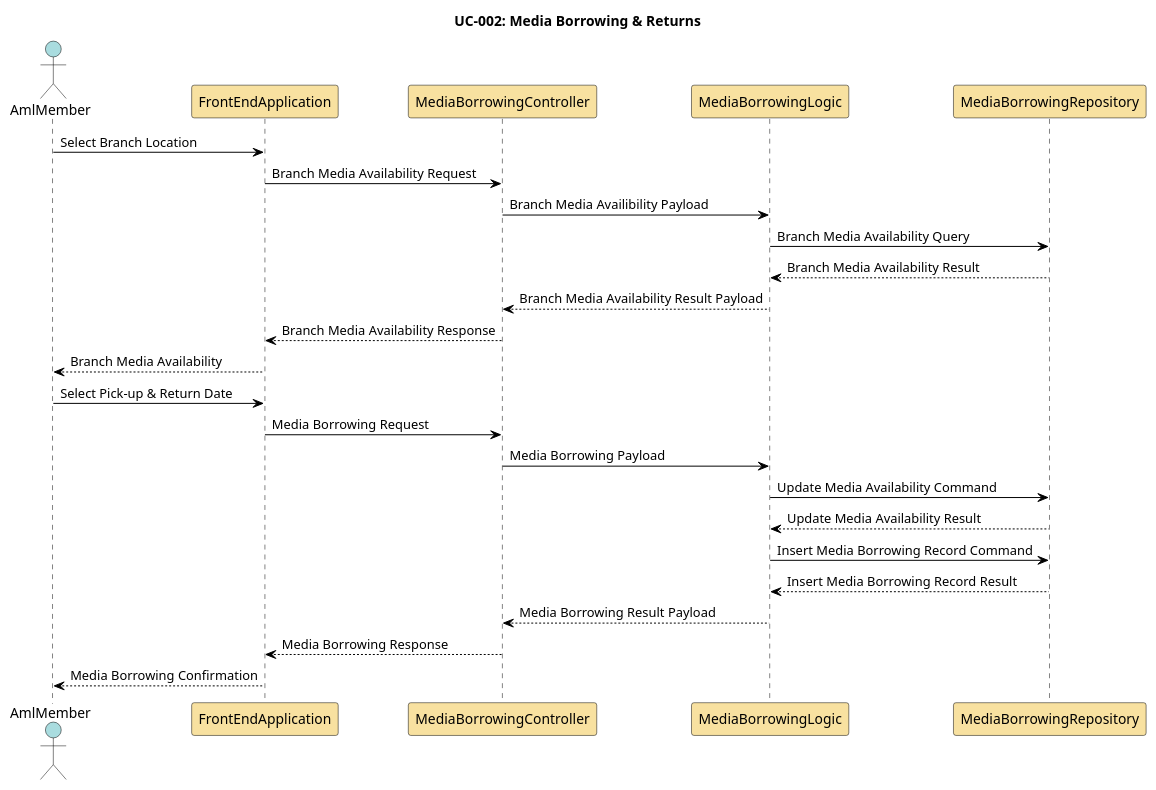
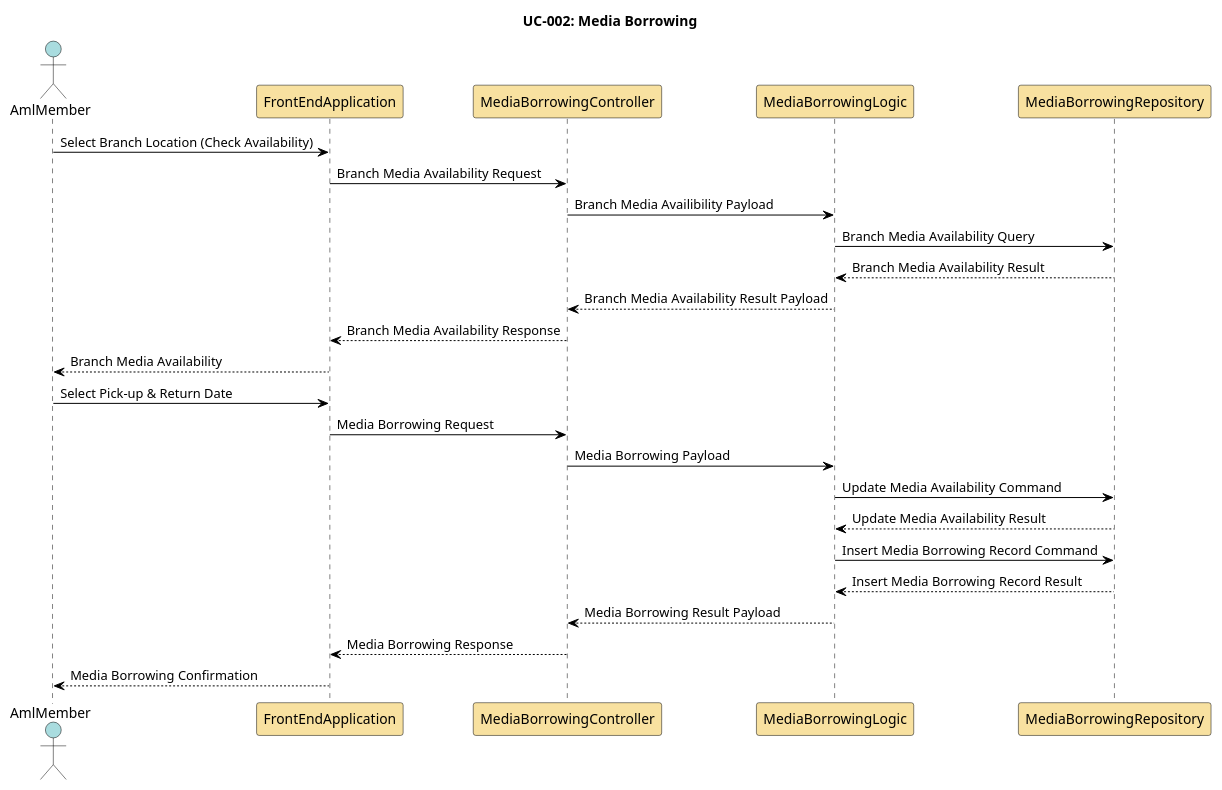
One commit to Nox-iv/group-11 changed the diagram in documentation/uml-sequence/media-borrowing/media-borrowing-2.puml. Above: the diagram before and after it, drawn with PlantUML.

Commit message:
Change title in preparation to add different diagram for media returns.

```diff
--- a/documentation/uml-sequence/media-borrowing/media-borrowing-2.puml
+++ b/documentation/uml-sequence/media-borrowing/media-borrowing-2.puml
@@ -1,50 +1,49 @@
 @startuml media-borrowing
 
 skinparam sequence {
     ActorBorderColor Black
     ActorBackgroundColor #A9DCDF
     ParticipantBorderColor Black
     ParticipantBackgroundColor #F8E1A0
     LifeLineBorderColor Black
     LifeLineBackgroundColor White
     NoteBorderColor Black
     NoteBackgroundColor #FEFECE
     ArrowColor Black
     ArrowThickness 1
     ActivationBorderColor Black
     ActivationBackgroundColor #B3E2CD
 }
 
-title UC-002: Media Borrowing & Returns
+title UC-002: Media Borrowing
 
 actor AmlMember as aml_member
 participant FrontEndApplication as front_end
 participant MediaBorrowingController as media_borrowing_controller
 participant MediaBorrowingLogic as media_borrowing_logic
 participant MediaBorrowingRepository as media_borrowing_repo
 
-aml_member -> front_end: Select Branch Location
+aml_member -> front_end: Select Branch Location (Check Availability)
 front_end -> media_borrowing_controller: Branch Media Availability Request
 media_borrowing_controller -> media_borrowing_logic: Branch Media Availibility Payload
 media_borrowing_logic -> media_borrowing_repo: Branch Media Availability Query
 media_borrowing_repo --> media_borrowing_logic: Branch Media Availability Result
 media_borrowing_logic --> media_borrowing_controller: Branch Media Availability Result Payload
 media_borrowing_controller --> front_end: Branch Media Availability Response
 front_end --> aml_member: Branch Media Availability 
 
 aml_member -> front_end: Select Pick-up & Return Date
 front_end -> media_borrowing_controller: Media Borrowing Request
 media_borrowing_controller -> media_borrowing_logic: Media Borrowing Payload
 media_borrowing_logic -> media_borrowing_repo: Update Media Availability Command
 media_borrowing_repo --> media_borrowing_logic: Update Media Availability Result
 media_borrowing_logic -> media_borrowing_repo: Insert Media Borrowing Record Command
 media_borrowing_repo --> media_borrowing_logic: Insert Media Borrowing Record Result
 media_borrowing_logic --> media_borrowing_controller: Media Borrowing Result Payload
 media_borrowing_controller --> front_end: Media Borrowing Response
 front_end --> aml_member: Media Borrowing Confirmation
 
 
 
 
-
 @enduml
```
